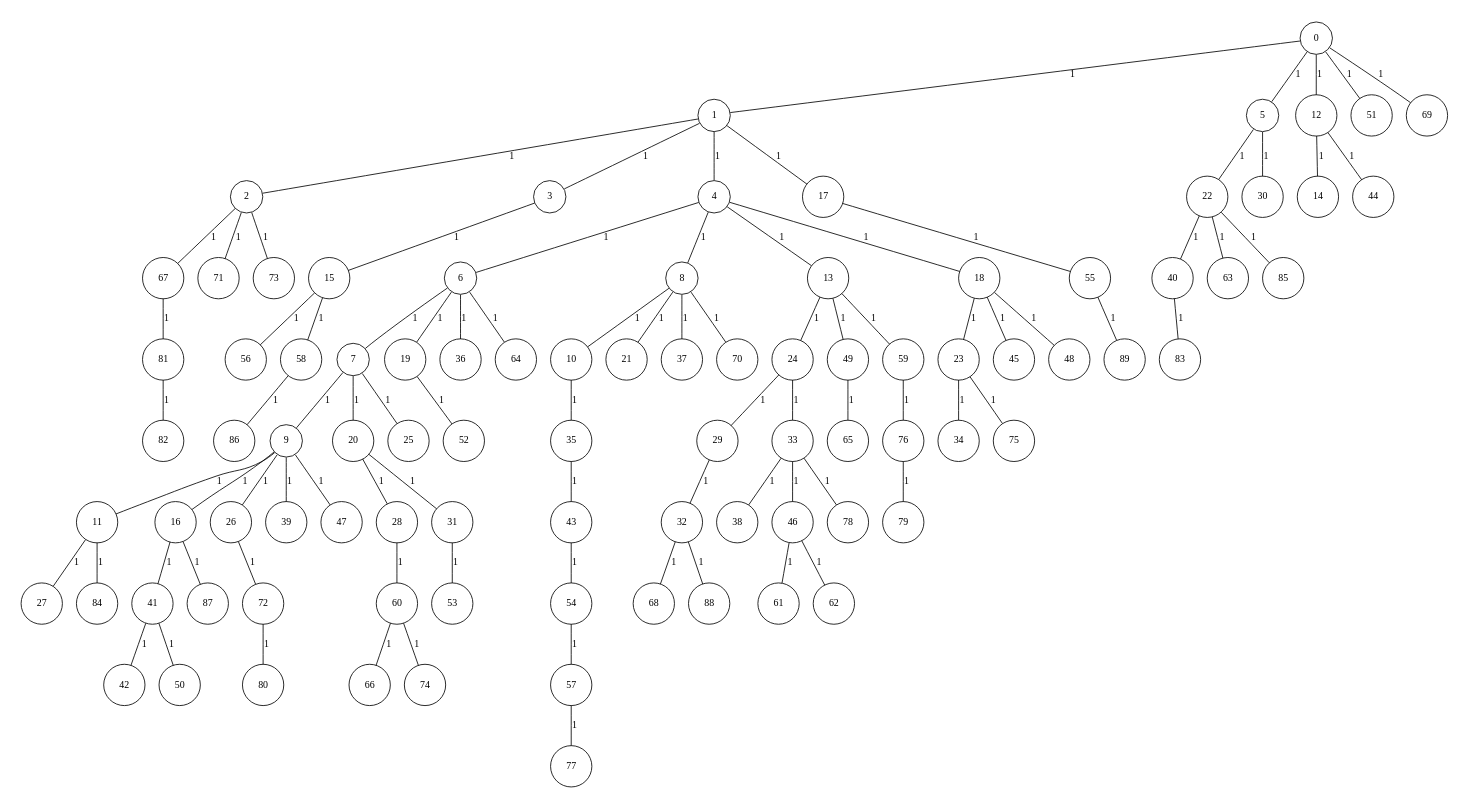
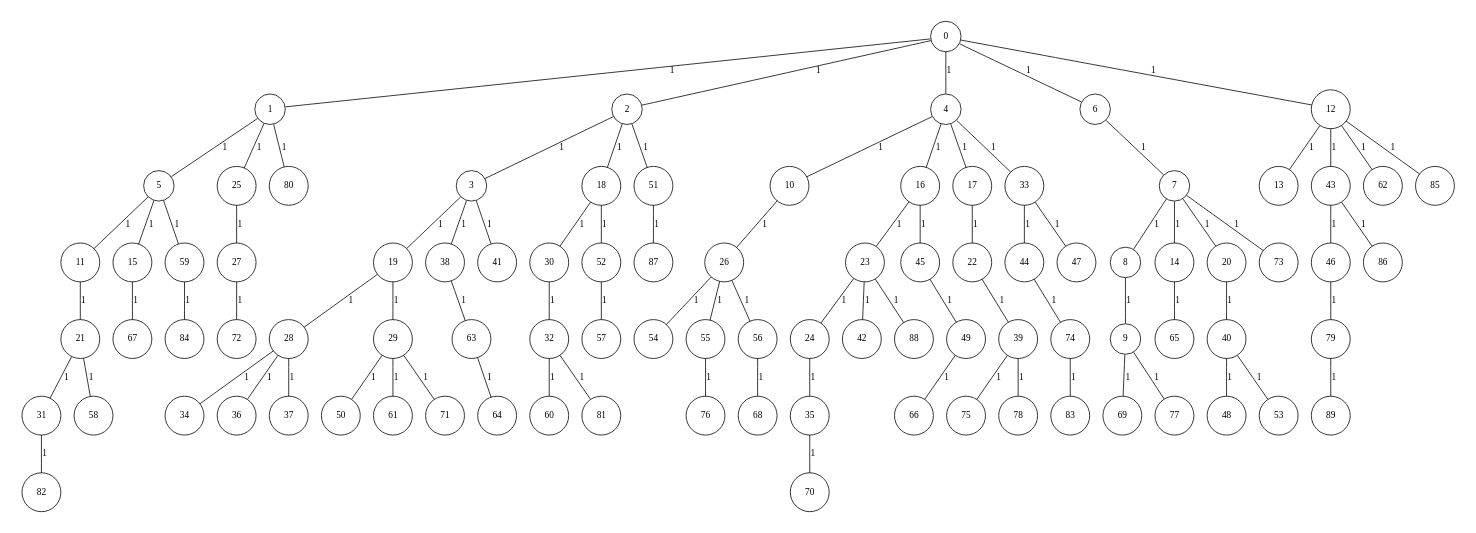
One commit to cardosodg/setcover-grasp changed the diagram in GraphGenerator/input/instGraph_90_7.txt.dot. Above: the diagram before and after it, drawn with Graphviz. The commit also changed 3448 other files, not shown here.

```diff
--- a/GraphGenerator/input/instGraph_90_7.txt.dot
+++ b/GraphGenerator/input/instGraph_90_7.txt.dot
@@ -1,189 +1,189 @@
 graph G {
 size="8.5,11;"
 ratio = "expand;"
 fixedsize="true;"
 overlap="scale;"
 node[shape=circle,width=.12,hight=.12,fontsize=12]
 edge[fontsize=12]
 
-0[label=" 0" color=black, pos="0.24279899,2.731421!"];
-1[label=" 1" color=black, pos="2.9921786,0.38227218!"];
-2[label=" 2" color=black, pos="1.6881425,2.7278908!"];
-3[label=" 3" color=black, pos="0.63471826,2.7418513!"];
-4[label=" 4" color=black, pos="2.3517313,2.662888!"];
-5[label=" 5" color=black, pos="0.32810581,0.92953479!"];
-6[label=" 6" color=black, pos="1.2794247,2.0038645!"];
-7[label=" 7" color=black, pos="2.716077,2.9272312!"];
-8[label=" 8" color=black, pos="0.73722392,1.9056244!"];
-9[label=" 9" color=black, pos="2.7703498,0.23992311!"];
-10[label=" 10" color=black, pos="2.5737618,0.33039513!"];
-11[label=" 11" color=black, pos="0.8824948,0.055255104!"];
-12[label=" 12" color=black, pos="1.8662628,1.4478455!"];
-13[label=" 13" color=black, pos="1.4944034,2.228631!"];
-14[label=" 14" color=black, pos="1.0866961,2.280798!"];
-15[label=" 15" color=black, pos="0.92804462,0.76164904!"];
-16[label=" 16" color=black, pos="0.86668132,0.39467102!"];
-17[label=" 17" color=black, pos="2.95517,1.0955234!"];
-18[label=" 18" color=black, pos="1.6024081,1.7374119!"];
-19[label=" 19" color=black, pos="1.4981649,2.7191289!"];
-20[label=" 20" color=black, pos="1.5108102,1.5587963!"];
-21[label=" 21" color=black, pos="2.5443547,0.77904158!"];
-22[label=" 22" color=black, pos="1.0199228,1.4338239!"];
-23[label=" 23" color=black, pos="1.2678687,2.613236!"];
-24[label=" 24" color=black, pos="0.86274634,0.7715811!"];
-25[label=" 25" color=black, pos="0.64250115,1.3468482!"];
-26[label=" 26" color=black, pos="2.2930229,2.7298121!"];
-27[label=" 27" color=black, pos="2.8769272,2.1556156!"];
-28[label=" 28" color=black, pos="0.6159154,1.3929509!"];
-29[label=" 29" color=black, pos="0.50183926,1.7913209!"];
-30[label=" 30" color=black, pos="2.231832,0.46972958!"];
-31[label=" 31" color=black, pos="0.42061769,1.6342508!"];
-32[label=" 32" color=black, pos="0.090872609,1.1012804!"];
-33[label=" 33" color=black, pos="1.2729363,1.978283!"];
-34[label=" 34" color=black, pos="2.5323887,2.3571471!"];
-35[label=" 35" color=black, pos="1.157036,0.7970532!"];
-36[label=" 36" color=black, pos="0.22717468,2.9332215!"];
-37[label=" 37" color=black, pos="0.36199658,2.2507761!"];
-38[label=" 38" color=black, pos="1.9496872,1.0935293!"];
-39[label=" 39" color=black, pos="2.8034712,2.6536689!"];
-40[label=" 40" color=black, pos="1.1336119,2.6277176!"];
-41[label=" 41" color=black, pos="1.2030779,1.9725075!"];
-42[label=" 42" color=black, pos="0.31409556,1.1447824!"];
-43[label=" 43" color=black, pos="0.84241742,1.244083!"];
-44[label=" 44" color=black, pos="1.1318397,2.798606!"];
-45[label=" 45" color=black, pos="2.9018469,2.0876649!"];
-46[label=" 46" color=black, pos="2.7698877,2.221839!"];
-47[label=" 47" color=black, pos="1.9089743,0.46770277!"];
-48[label=" 48" color=black, pos="2.6304573,1.4491345!"];
-49[label=" 49" color=black, pos="0.70142089,1.5690017!"];
-50[label=" 50" color=black, pos="2.7512967,2.486648!"];
-51[label=" 51" color=black, pos="2.6556196,2.6633062!"];
-52[label=" 52" color=black, pos="1.9080354,0.28129559!"];
-53[label=" 53" color=black, pos="1.5112943,1.6614165!"];
-54[label=" 54" color=black, pos="1.5501547,2.854541!"];
-55[label=" 55" color=black, pos="2.7587635,2.5017152!"];
-56[label=" 56" color=black, pos="1.4176641,0.22275588!"];
-57[label=" 57" color=black, pos="2.3724917,1.1346015!"];
-58[label=" 58" color=black, pos="1.5055416,1.7175025!"];
-59[label=" 59" color=black, pos="2.3519805,2.9486206!"];
-60[label=" 60" color=black, pos="0.84272087,2.0698983!"];
-61[label=" 61" color=black, pos="0.59887662,2.6351973!"];
-62[label=" 62" color=black, pos="0.61457026,1.6081603!"];
-63[label=" 63" color=black, pos="2.8119821,1.7625545!"];
-64[label=" 64" color=black, pos="2.0607252,2.3487312!"];
-65[label=" 65" color=black, pos="0.7770679,0.55700527!"];
-66[label=" 66" color=black, pos="2.1045822,0.44377072!"];
-67[label=" 67" color=black, pos="0.65531636,1.7165786!"];
-68[label=" 68" color=black, pos="0.62230743,0.85205245!"];
-69[label=" 69" color=black, pos="2.5177916,0.37021535!"];
-70[label=" 70" color=black, pos="2.976988,2.5056956!"];
-71[label=" 71" color=black, pos="0.088251118,1.0186163!"];
-72[label=" 72" color=black, pos="1.2535604,0.58219321!"];
-73[label=" 73" color=black, pos="2.8506803,1.3132378!"];
-74[label=" 74" color=black, pos="0.41370619,1.4118252!"];
-75[label=" 75" color=black, pos="0.14939981,2.5670598!"];
-76[label=" 76" color=black, pos="1.9148806,1.9928913!"];
-77[label=" 77" color=black, pos="1.906362,1.565034!"];
-78[label=" 78" color=black, pos="0.34148228,0.6723201!"];
-79[label=" 79" color=black, pos="0.33897965,0.57870971!"];
-80[label=" 80" color=black, pos="0.058284008,1.6231684!"];
-81[label=" 81" color=black, pos="2.3001014,1.8642268!"];
-82[label=" 82" color=black, pos="0.69341474,1.7828301!"];
-83[label=" 83" color=black, pos="0.40445574,0.6145218!"];
-84[label=" 84" color=black, pos="0.76900216,2.7520085!"];
-85[label=" 85" color=black, pos="0.97051975,0.55871411!"];
-86[label=" 86" color=black, pos="1.3877721,1.7417354!"];
-87[label=" 87" color=black, pos="0.92197063,1.3192918!"];
-88[label=" 88" color=black, pos="0.48134805,0.88921895!"];
-89[label=" 89" color=black, pos="1.8788664,1.495257!"];
+0[label=" 0" color=black, pos="1.694109,0.76294359!"];
+1[label=" 1" color=black, pos="2.1638786,0.630965!"];
+2[label=" 2" color=black, pos="0.80069062,1.5072481!"];
+3[label=" 3" color=black, pos="1.8795677,2.0292904!"];
+4[label=" 4" color=black, pos="1.5043475,1.7516593!"];
+5[label=" 5" color=black, pos="2.6034846,0.56947568!"];
+6[label=" 6" color=black, pos="0.47495975,1.2035074!"];
+7[label=" 7" color=black, pos="0.54573688,0.58506562!"];
+8[label=" 8" color=black, pos="2.4975538,1.3641191!"];
+9[label=" 9" color=black, pos="0.55191142,1.959875!"];
+10[label=" 10" color=black, pos="2.8276753,0.32857874!"];
+11[label=" 11" color=black, pos="0.85324408,1.0476409!"];
+12[label=" 12" color=black, pos="0.24710781,1.489565!"];
+13[label=" 13" color=black, pos="1.1393661,1.6967582!"];
+14[label=" 14" color=black, pos="1.4521406,0.4010607!"];
+15[label=" 15" color=black, pos="2.734676,0.23772343!"];
+16[label=" 16" color=black, pos="0.33413552,1.8936622!"];
+17[label=" 17" color=black, pos="1.5969267,0.23864897!"];
+18[label=" 18" color=black, pos="1.3206604,1.131845!"];
+19[label=" 19" color=black, pos="2.9250969,1.5314961!"];
+20[label=" 20" color=black, pos="0.97878606,1.0227971!"];
+21[label=" 21" color=black, pos="0.080101708,2.7324779!"];
+22[label=" 22" color=black, pos="0.61982089,0.53011984!"];
+23[label=" 23" color=black, pos="0.11966492,2.5867268!"];
+24[label=" 24" color=black, pos="2.3696858,2.3398474!"];
+25[label=" 25" color=black, pos="0.33392622,1.3912145!"];
+26[label=" 26" color=black, pos="2.1457241,2.8284911!"];
+27[label=" 27" color=black, pos="2.7025455,2.2430256!"];
+28[label=" 28" color=black, pos="1.3810482,0.79948362!"];
+29[label=" 29" color=black, pos="0.98537804,2.9933923!"];
+30[label=" 30" color=black, pos="2.6655001,0.95969584!"];
+31[label=" 31" color=black, pos="0.29135537,1.2389655!"];
+32[label=" 32" color=black, pos="0.026811559,0.62765371!"];
+33[label=" 33" color=black, pos="2.1573092,0.015324396!"];
+34[label=" 34" color=black, pos="1.5419278,2.3738542!"];
+35[label=" 35" color=black, pos="0.20380264,1.9258047!"];
+36[label=" 36" color=black, pos="0.8827025,1.0460008!"];
+37[label=" 37" color=black, pos="0.2572499,2.4732795!"];
+38[label=" 38" color=black, pos="2.5629051,2.7079151!"];
+39[label=" 39" color=black, pos="1.9793979,2.5153017!"];
+40[label=" 40" color=black, pos="0.5256935,0.36694724!"];
+41[label=" 41" color=black, pos="1.1618236,2.986036!"];
+42[label=" 42" color=black, pos="1.2260871,1.9482247!"];
+43[label=" 43" color=black, pos="0.97676997,1.0147406!"];
+44[label=" 44" color=black, pos="0.59931778,0.727553!"];
+45[label=" 45" color=black, pos="0.10013444,0.77931773!"];
+46[label=" 46" color=black, pos="1.6338078,1.5173001!"];
+47[label=" 47" color=black, pos="0.43411345,0.61941514!"];
+48[label=" 48" color=black, pos="2.1755572,0.64280967!"];
+49[label=" 49" color=black, pos="1.368634,1.0411322!"];
+50[label=" 50" color=black, pos="1.9887358,2.0246109!"];
+51[label=" 51" color=black, pos="1.8633863,2.8249783!"];
+52[label=" 52" color=black, pos="2.1000929,1.3192718!"];
+53[label=" 53" color=black, pos="1.7533637,1.8632669!"];
+54[label=" 54" color=black, pos="0.58582233,2.0003772!"];
+55[label=" 55" color=black, pos="0.41316874,0.97974273!"];
+56[label=" 56" color=black, pos="2.6061547,1.9261067!"];
+57[label=" 57" color=black, pos="1.2513981,2.5695099!"];
+58[label=" 58" color=black, pos="0.95659582,2.2056397!"];
+59[label=" 59" color=black, pos="1.6334723,2.2826862!"];
+60[label=" 60" color=black, pos="0.58314929,1.9337925!"];
+61[label=" 61" color=black, pos="0.70054744,2.7236846!"];
+62[label=" 62" color=black, pos="2.1776264,1.3063056!"];
+63[label=" 63" color=black, pos="2.3438541,0.17952103!"];
+64[label=" 64" color=black, pos="2.9086007,1.9247975!"];
+65[label=" 65" color=black, pos="0.072866668,0.40013266!"];
+66[label=" 66" color=black, pos="2.0884281,0.8494446!"];
+67[label=" 67" color=black, pos="0.63639039,1.4554655!"];
+68[label=" 68" color=black, pos="0.73408875,2.5560527!"];
+69[label=" 69" color=black, pos="0.18631743,0.72100596!"];
+70[label=" 70" color=black, pos="1.003799,1.9547389!"];
+71[label=" 71" color=black, pos="2.3133598,0.29766189!"];
+72[label=" 72" color=black, pos="0.23988771,0.38195923!"];
+73[label=" 73" color=black, pos="1.7167668,0.34221687!"];
+74[label=" 74" color=black, pos="1.3878643,2.5270953!"];
+75[label=" 75" color=black, pos="2.3237923,2.2437943!"];
+76[label=" 76" color=black, pos="0.37181879,2.4925172!"];
+77[label=" 77" color=black, pos="1.0795843,0.92208003!"];
+78[label=" 78" color=black, pos="1.2408347,0.43103642!"];
+79[label=" 79" color=black, pos="1.011079,0.77615496!"];
+80[label=" 80" color=black, pos="2.9511577,1.563721!"];
+81[label=" 81" color=black, pos="1.9402061,2.4731194!"];
+82[label=" 82" color=black, pos="1.0975994,1.352325!"];
+83[label=" 83" color=black, pos="2.9827754,2.4792726!"];
+84[label=" 84" color=black, pos="1.3959664,2.9127304!"];
+85[label=" 85" color=black, pos="1.185313,1.558934!"];
+86[label=" 86" color=black, pos="1.7116294,0.98034216!"];
+87[label=" 87" color=black, pos="0.7186687,0.97367502!"];
+88[label=" 88" color=black, pos="2.9146113,1.3377509!"];
+89[label=" 89" color=black, pos="1.443334,1.1828877!"];
 0--1[label="1"]
-0--5[label="1"]
+0--2[label="1"]
+0--4[label="1"]
+0--6[label="1"]
 0--12[label="1"]
-0--51[label="1"]
-0--69[label="1"]
-1--2[label="1"]
-1--3[label="1"]
-1--4[label="1"]
-1--17[label="1"]
-2--67[label="1"]
-2--71[label="1"]
-2--73[label="1"]
-3--15[label="1"]
-4--6[label="1"]
-4--8[label="1"]
-4--13[label="1"]
-4--18[label="1"]
-5--22[label="1"]
-5--30[label="1"]
+1--5[label="1"]
+1--25[label="1"]
+1--80[label="1"]
+2--3[label="1"]
+2--18[label="1"]
+2--51[label="1"]
+3--19[label="1"]
+3--38[label="1"]
+3--41[label="1"]
+4--10[label="1"]
+4--16[label="1"]
+4--17[label="1"]
+4--33[label="1"]
+5--11[label="1"]
+5--15[label="1"]
+5--59[label="1"]
 6--7[label="1"]
-6--19[label="1"]
-6--36[label="1"]
-6--64[label="1"]
-7--9[label="1"]
+7--8[label="1"]
+7--14[label="1"]
 7--20[label="1"]
-7--25[label="1"]
-8--10[label="1"]
-8--21[label="1"]
-8--37[label="1"]
-8--70[label="1"]
-9--11[label="1"]
-9--16[label="1"]
-9--26[label="1"]
-9--39[label="1"]
-9--47[label="1"]
-10--35[label="1"]
-11--27[label="1"]
-11--84[label="1"]
-12--14[label="1"]
-12--44[label="1"]
-13--24[label="1"]
-13--49[label="1"]
-13--59[label="1"]
-15--56[label="1"]
-15--58[label="1"]
-16--41[label="1"]
-16--87[label="1"]
-17--55[label="1"]
-18--23[label="1"]
-18--45[label="1"]
-18--48[label="1"]
-19--52[label="1"]
-20--28[label="1"]
-20--31[label="1"]
-22--40[label="1"]
-22--63[label="1"]
-22--85[label="1"]
-23--34[label="1"]
-23--75[label="1"]
-24--29[label="1"]
-24--33[label="1"]
-26--72[label="1"]
-28--60[label="1"]
-29--32[label="1"]
-31--53[label="1"]
-32--68[label="1"]
-32--88[label="1"]
-33--38[label="1"]
-33--46[label="1"]
-33--78[label="1"]
-35--43[label="1"]
-40--83[label="1"]
-41--42[label="1"]
-41--50[label="1"]
-43--54[label="1"]
-46--61[label="1"]
-46--62[label="1"]
-49--65[label="1"]
-54--57[label="1"]
-55--89[label="1"]
-57--77[label="1"]
-58--86[label="1"]
-59--76[label="1"]
-60--66[label="1"]
-60--74[label="1"]
-67--81[label="1"]
-72--80[label="1"]
-76--79[label="1"]
-81--82[label="1"]
+7--73[label="1"]
+8--9[label="1"]
+9--69[label="1"]
+9--77[label="1"]
+10--26[label="1"]
+11--21[label="1"]
+12--13[label="1"]
+12--43[label="1"]
+12--62[label="1"]
+12--85[label="1"]
+14--65[label="1"]
+15--67[label="1"]
+16--23[label="1"]
+16--45[label="1"]
+17--22[label="1"]
+18--30[label="1"]
+18--52[label="1"]
+19--28[label="1"]
+19--29[label="1"]
+20--40[label="1"]
+21--31[label="1"]
+21--58[label="1"]
+22--39[label="1"]
+23--24[label="1"]
+23--42[label="1"]
+23--88[label="1"]
+24--35[label="1"]
+25--27[label="1"]
+26--54[label="1"]
+26--55[label="1"]
+26--56[label="1"]
+27--72[label="1"]
+28--34[label="1"]
+28--36[label="1"]
+28--37[label="1"]
+29--50[label="1"]
+29--61[label="1"]
+29--71[label="1"]
+30--32[label="1"]
+31--82[label="1"]
+32--60[label="1"]
+32--81[label="1"]
+33--44[label="1"]
+33--47[label="1"]
+35--70[label="1"]
+38--63[label="1"]
+39--75[label="1"]
+39--78[label="1"]
+40--48[label="1"]
+40--53[label="1"]
+43--46[label="1"]
+43--86[label="1"]
+44--74[label="1"]
+45--49[label="1"]
+46--79[label="1"]
+49--66[label="1"]
+51--87[label="1"]
+52--57[label="1"]
+55--76[label="1"]
+56--68[label="1"]
+59--84[label="1"]
+63--64[label="1"]
+74--83[label="1"]
+79--89[label="1"]
 
 }
```
